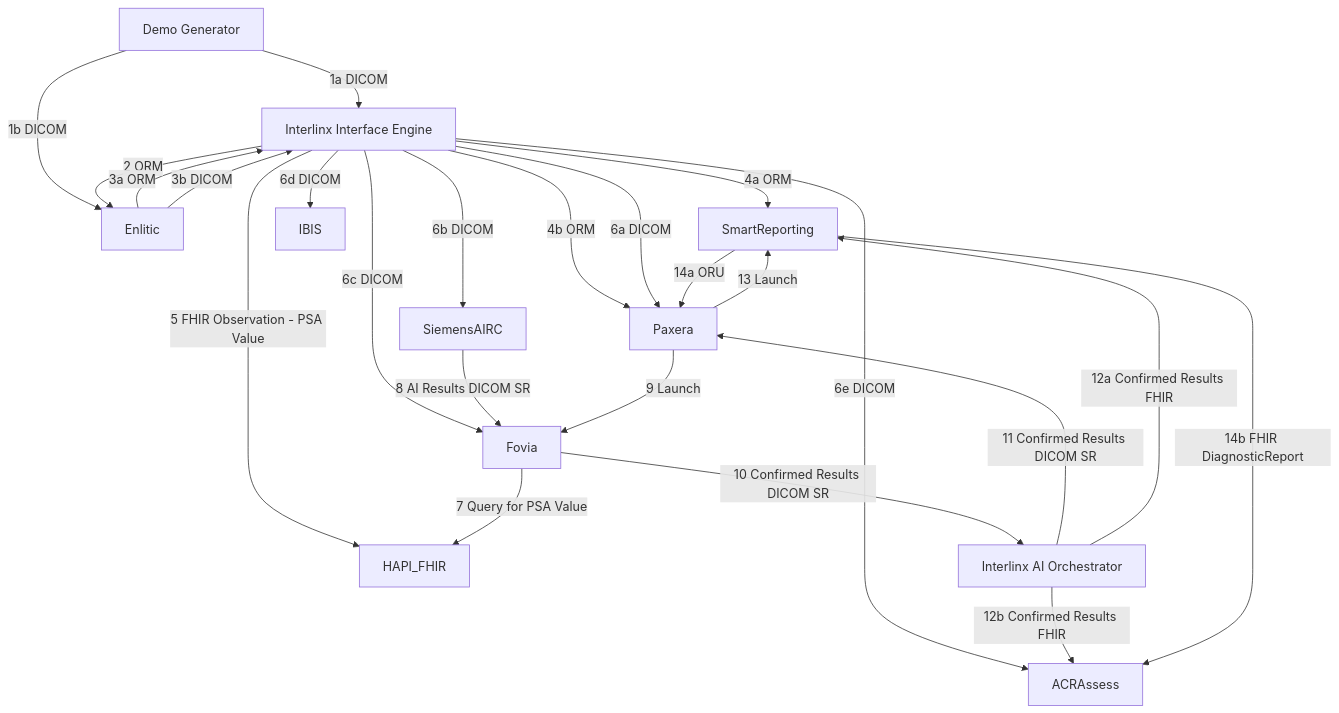
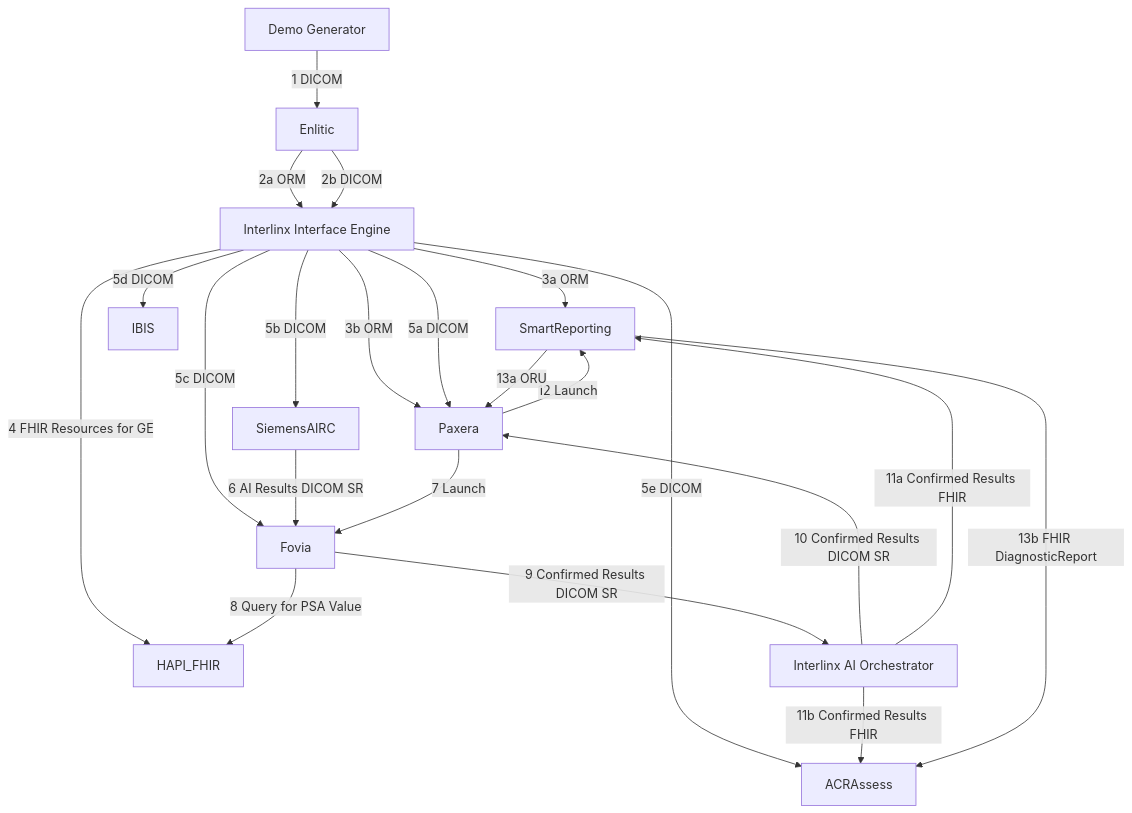
One commit to mohannadhussain/rsna-2024-rr-demo changed the diagram in ettinger/diagram-prostate-mr.md. Above: the diagram before and after it, drawn with Mermaid.

````diff
--- a/ettinger/diagram-prostate-mr.md
+++ b/ettinger/diagram-prostate-mr.md
@@ -4,38 +4,36 @@
 ```mermaid
 flowchart TD
-    Generator[Demo Generator] --> |1a DICOM| InterlinxIE[Interlinx Interface Engine]
-    Generator[Demo Generator] --> |1b DICOM|Enlitic
+    Generator[Demo Generator] --> |1 DICOM| Enlitic
 
-    InterlinxIE --> |2 ORM| Enlitic
-    Enlitic --> |3a ORM| InterlinxIE
-    Enlitic --> |3b DICOM| InterlinxIE
+    Enlitic --> |2a ORM| InterlinxIE[Interlinx Interface Engine]
+    Enlitic --> |2b DICOM| InterlinxIE
 
-    InterlinxIE --> |4a ORM| SmartReporting
-    InterlinxIE --> |4b ORM| Paxera
+    InterlinxIE --> |3a ORM| SmartReporting
+    InterlinxIE --> |3b ORM| Paxera
 
-    InterlinxIE --> |5 FHIR Observation - PSA Value| HAPI_FHIR
+    InterlinxIE --> |4 FHIR Resources for GE| HAPI_FHIR
 
-    InterlinxIE --> |6a DICOM| Paxera
-    InterlinxIE --> |6b DICOM| SiemensAIRC
-    InterlinxIE --> |6c DICOM| Fovia
-    InterlinxIE --> |6d DICOM| IBIS
-    InterlinxIE --> |6e DICOM| ACRAssess
+    InterlinxIE --> |5a DICOM| Paxera
+    InterlinxIE --> |5b DICOM| SiemensAIRC
+    InterlinxIE --> |5c DICOM| Fovia
+    InterlinxIE --> |5d DICOM| IBIS
+    InterlinxIE --> |5e DICOM| ACRAssess
 
-    Fovia --> |7 Query for PSA Value| HAPI_FHIR
+    SiemensAIRC --> |6 AI Results DICOM SR| Fovia
+
+    Paxera --> |7 Launch| Fovia
+
+    Fovia --> |8 Query for PSA Value| HAPI_FHIR
+
+    Fovia --> |9 Confirmed Results DICOM SR| InterlinxAIO[Interlinx AI Orchestrator]
+
+    InterlinxAIO --> |10 Confirmed Results DICOM SR| Paxera
     
-    SiemensAIRC --> |8 AI Results DICOM SR| Fovia
+    InterlinxAIO --> |11a Confirmed Results FHIR| SmartReporting
+    InterlinxAIO --> |11b Confirmed Results FHIR| ACRAssess
 
-    Paxera --> |9 Launch| Fovia
+    Paxera --> |12 Launch| SmartReporting
 
-    Fovia --> |10 Confirmed Results DICOM SR| InterlinxAIO[Interlinx AI Orchestrator]
-
-    InterlinxAIO --> |11 Confirmed Results DICOM SR| Paxera
-    
-    InterlinxAIO --> |12a Confirmed Results FHIR| SmartReporting
-    InterlinxAIO --> |12b Confirmed Results FHIR| ACRAssess
-
-    Paxera --> |13 Launch| SmartReporting
-
-    SmartReporting --> |14a ORU| Paxera
-    SmartReporting --> |14b FHIR DiagnosticReport| ACRAssess
+    SmartReporting --> |13a ORU| Paxera
+    SmartReporting --> |13b FHIR DiagnosticReport| ACRAssess
 ```
````
